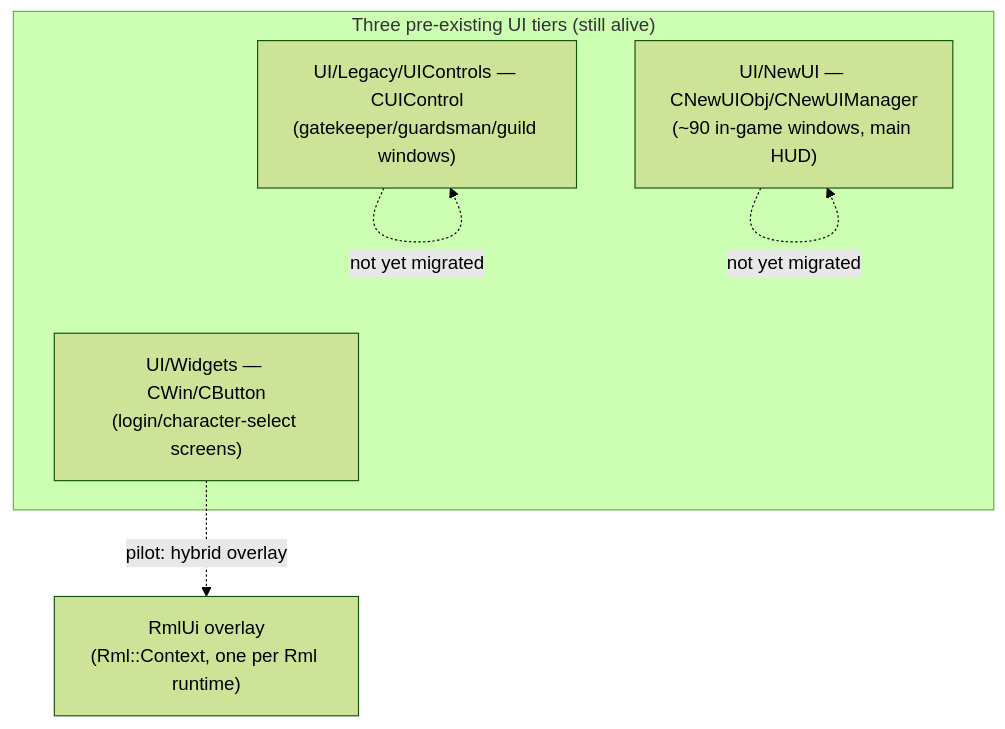
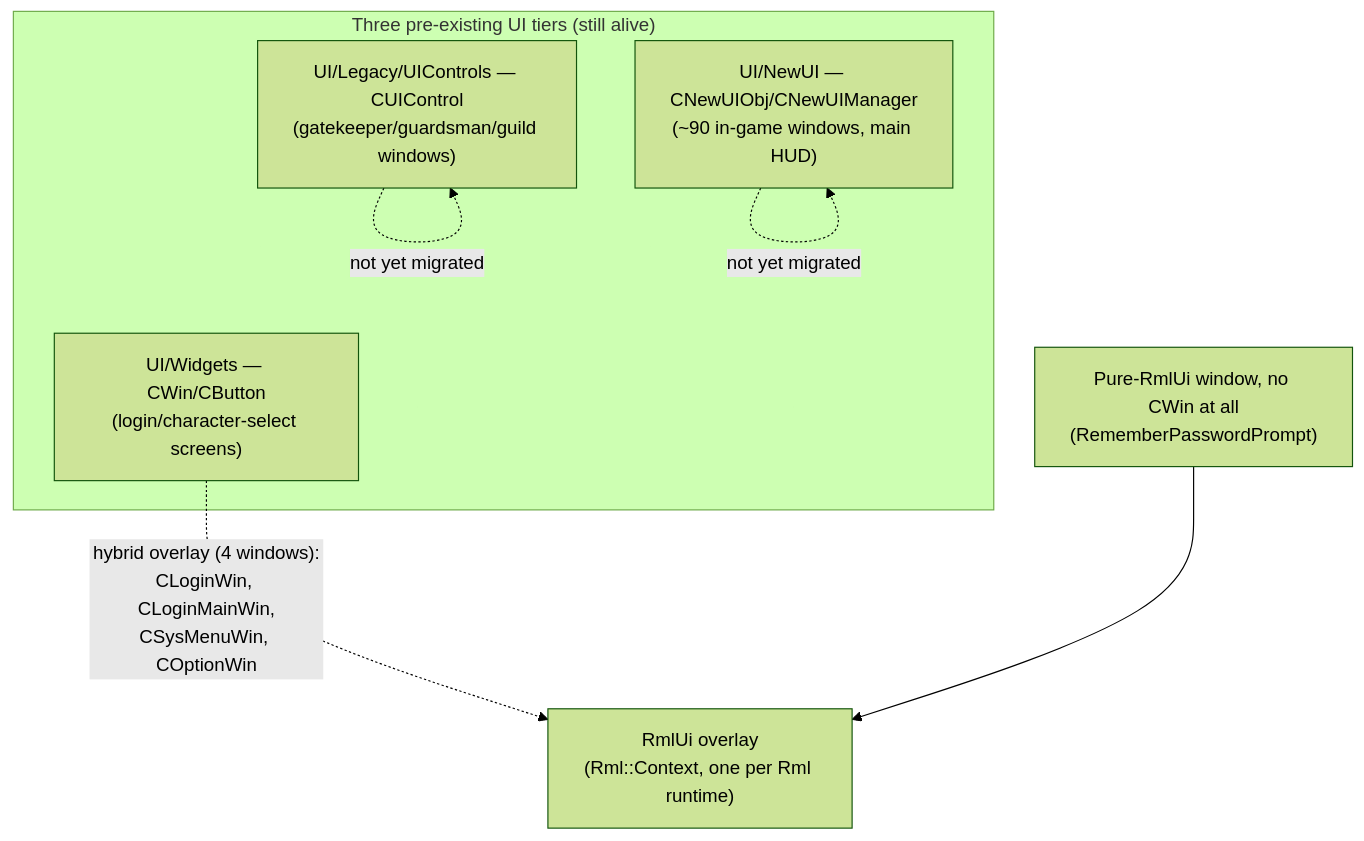
One commit to sven-n/MuMain changed the first of 2 diagrams in docs/rmlui-ui-system/architecture.md. Above: the diagram before and after it, drawn with Mermaid (forest theme). The commit also changed other lines of this file and 4 other files, not shown here.

````diff
--- a/docs/rmlui-ui-system/architecture.md
+++ b/docs/rmlui-ui-system/architecture.md
@@ -10,13 +10,15 @@
 ```mermaid
 graph TD
     subgraph Legacy["Three pre-existing UI tiers (still alive)"]
         CWin["UI/Widgets — CWin/CButton<br>(login/character-select screens)"]
         CUIControl["UI/Legacy/UIControls — CUIControl<br>(gatekeeper/guardsman/guild windows)"]
         NewUI["UI/NewUI — CNewUIObj/CNewUIManager<br>(~90 in-game windows, main HUD)"]
     end
     RmlUi["RmlUi overlay<br>(Rml::Context, one per Rml runtime)"]
+    PureRml["Pure-RmlUi window, no CWin at all<br>(RememberPasswordPrompt)"]
 
-    CWin -.->|"pilot: hybrid overlay"| RmlUi
+    CWin -.->|"hybrid overlay (4 windows):<br>CLoginWin, CLoginMainWin,<br>CSysMenuWin, COptionWin"| RmlUi
+    PureRml --> RmlUi
     CUIControl -.->|"not yet migrated"| CUIControl
     NewUI -.->|"not yet migrated"| NewUI
 ```
````
